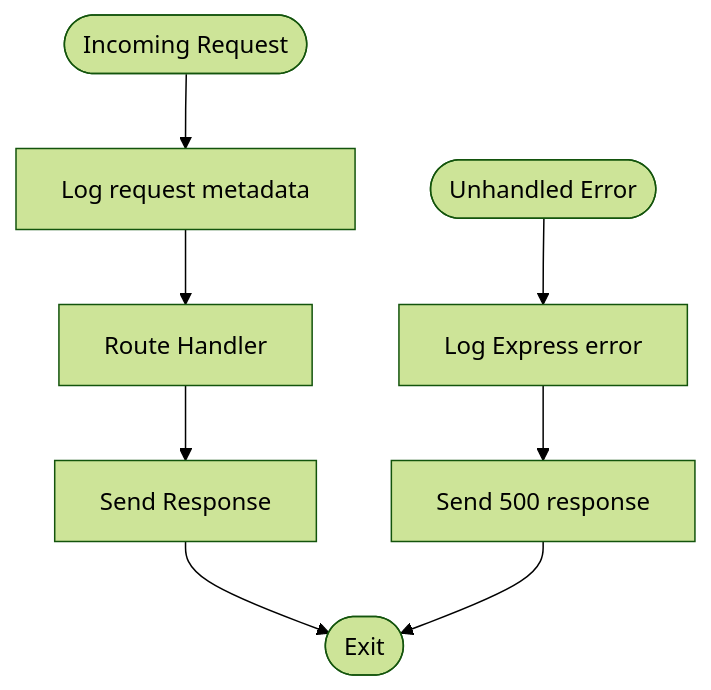
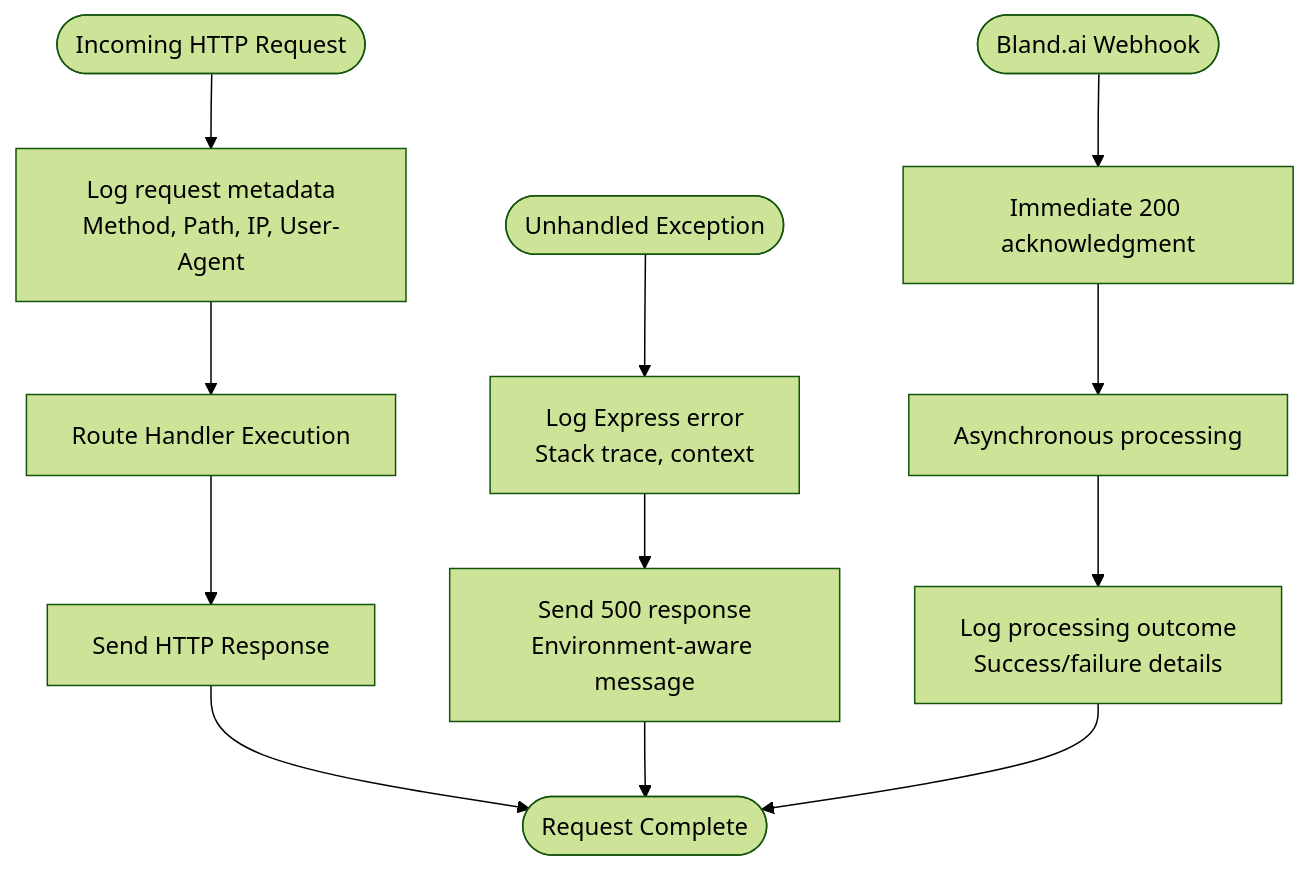
The fifth of 9 diagrams in .qoder/repowiki/en/content/Logging and Monitoring.md (Armanda888/appointment-voice-agent), drawn with Mermaid (forest theme) before and after one commit. The commit also changed other lines of this file and 14 other files, not shown here.

````diff
--- a/.qoder/repowiki/en/content/Logging and Monitoring.md
+++ b/.qoder/repowiki/en/content/Logging and Monitoring.md
@@ -214,10 +269,14 @@
 ```mermaid
 flowchart TD
-Start(["Incoming Request"]) --> LogReq["Log request metadata"]
-LogReq --> Route["Route Handler"]
-Route --> Resp["Send Response"]
-Resp --> End(["Exit"])
-Error(["Unhandled Error"]) --> LogErr["Log Express error"]
-LogErr --> SendErr["Send 500 response"]
+Start(["Incoming HTTP Request"]) --> LogReq["Log request metadata<br/>Method, Path, IP, User-Agent"]
+LogReq --> Route["Route Handler Execution"]
+Route --> Resp["Send HTTP Response"]
+Resp --> End(["Request Complete"])
+Error(["Unhandled Exception"]) --> LogErr["Log Express error<br/>Stack trace, context"]
+LogErr --> SendErr["Send 500 response<br/>Environment-aware message"]
 SendErr --> End
+WebhookStart(["Bland.ai Webhook"]) --> Ack["Immediate 200 acknowledgment"]
+Ack --> AsyncProcess["Asynchronous processing"]
+AsyncProcess --> LogOutcome["Log processing outcome<br/>Success/failure details"]
+LogOutcome --> End
 ```
````
